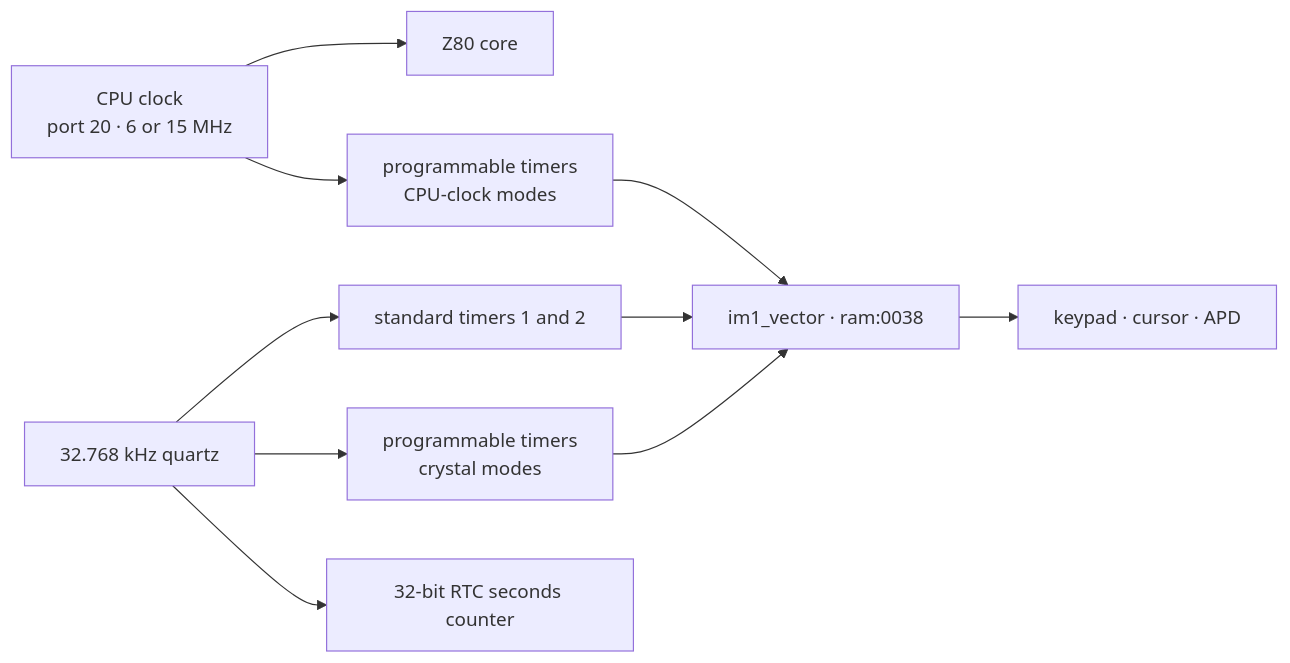
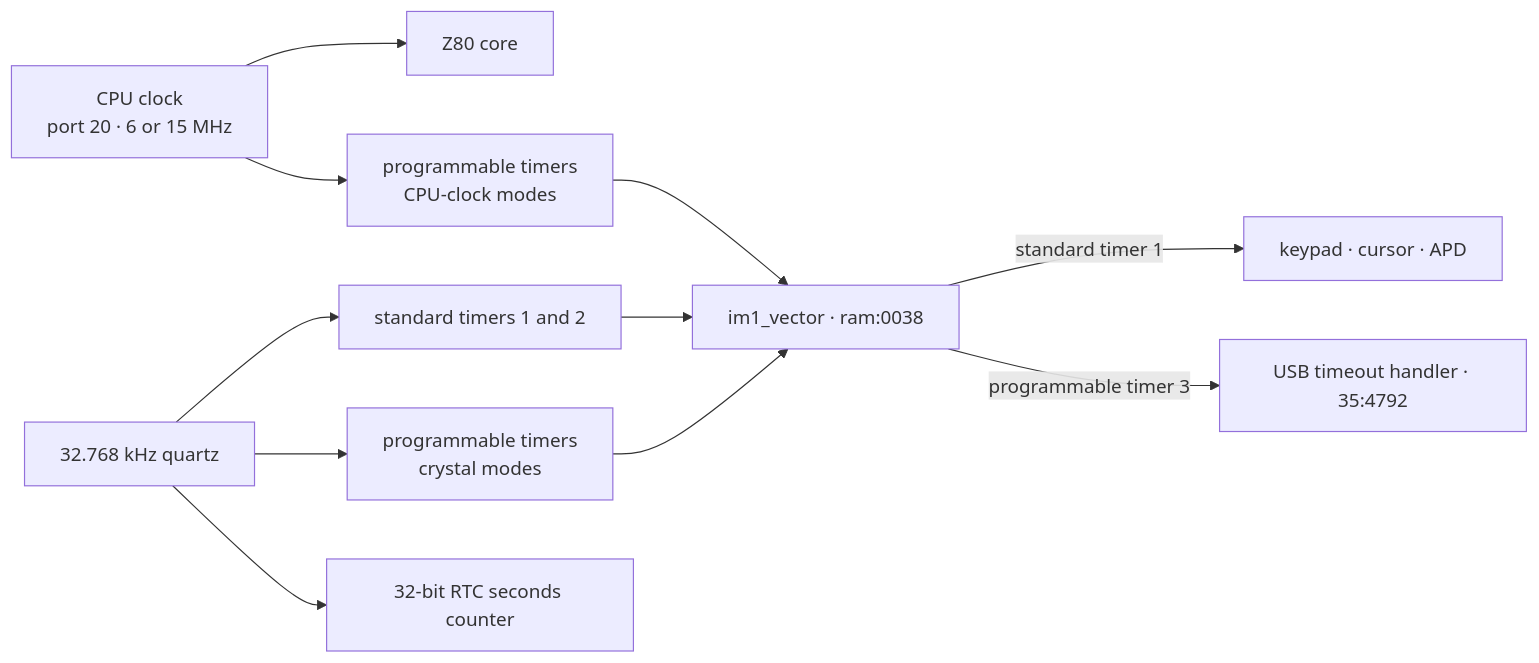
The first of 2 diagrams in docs/clock-timers-power.md (siraben/ti84p-re), drawn with Mermaid before and after one commit. The commit also changed 10 other files, not shown here.

Commit message:
Correct the algorithms and data flow shown in the wiki diagrams

````diff
--- a/docs/clock-timers-power.md
+++ b/docs/clock-timers-power.md
@@ -26,12 +26,13 @@
 ```mermaid
 flowchart LR
     CPU["CPU clock<br/>port 20 · 6 or 15 MHz"] --> Z80["Z80 core"]
     CPU --> PTCPU["programmable timers<br/>CPU-clock modes"]
     XTAL["32.768 kHz quartz"] --> ST["standard timers 1 and 2"]
     XTAL --> PTX["programmable timers<br/>crystal modes"]
     XTAL --> RTC["32-bit RTC seconds counter"]
     ST --> ISR["im1_vector · ram:0038"]
     PTCPU --> ISR
     PTX --> ISR
-    ISR --> APD["keypad · cursor · APD"]
+    ISR -->|standard timer 1| APD["keypad · cursor · APD"]
+    ISR -->|programmable timer 3| USB["USB timeout handler · 35:4792"]
 ```
````
